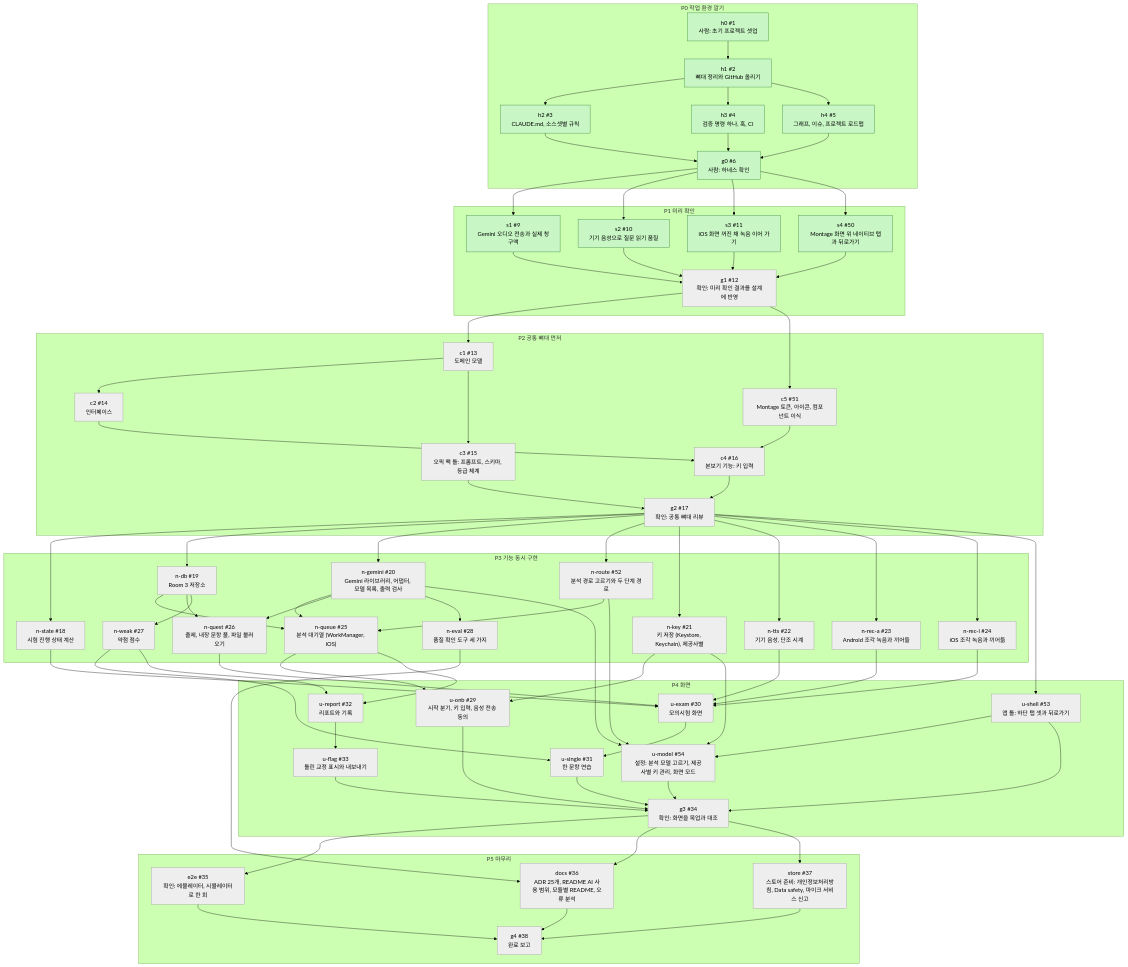
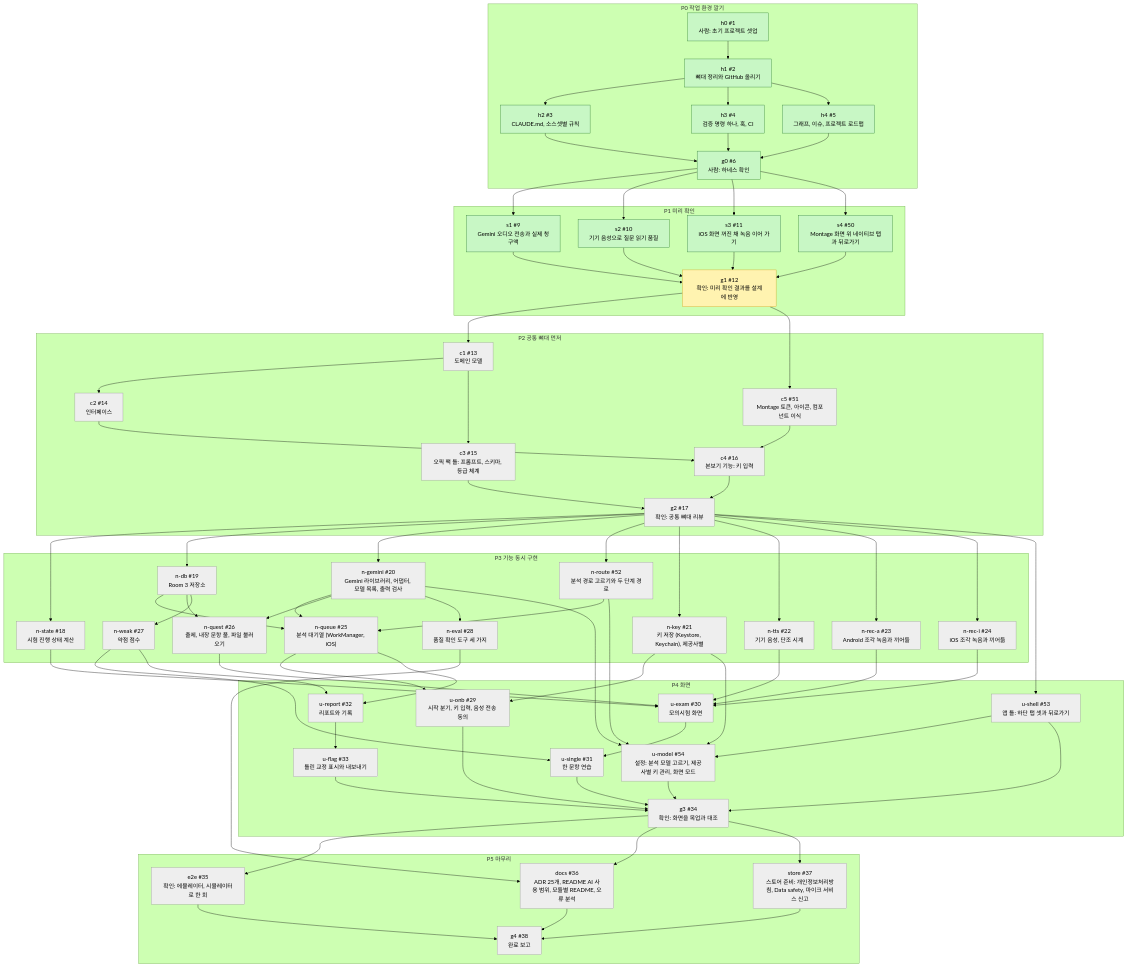
Before and after one commit to nosorae/AiOpicSelfStudy: the first of 2 diagrams in docs/graph/dev-graph.md, drawn with Mermaid (forest theme). The commit also changed other lines of this file and 2 other files, not shown here.

Commit message:
[g1] 미리 확인 결과를 설계 문서 11절에 반영했다 (#12)

```diff
--- a/docs/graph/dev-graph.md
+++ b/docs/graph/dev-graph.md
@@ -127,8 +127,9 @@
   docs --> g4
   store --> g4
   classDef todo fill:#eeeeee,stroke:#999999,color:#000
-  class g1,c1,c2,c3,c5,c4,g2,n_state,n_db,n_gemini,n_route,n_key,n_tts,n_rec_a,n_rec_i,n_queue,n_quest,n_weak,n_eval,u_onb,u_shell,u_exam,u_single,u_report,u_flag,u_model,g3,e2e,docs,store,g4 todo
+  class c1,c2,c3,c5,c4,g2,n_state,n_db,n_gemini,n_route,n_key,n_tts,n_rec_a,n_rec_i,n_queue,n_quest,n_weak,n_eval,u_onb,u_shell,u_exam,u_single,u_report,u_flag,u_model,g3,e2e,docs,store,g4 todo
   classDef doing fill:#fff3b0,stroke:#d4a017,color:#000
+  class g1 doing
   classDef done fill:#c8f7c5,stroke:#2e7d32,color:#000
   class h0,h1,h2,h3,h4,g0,s1,s2,s3,s4 done
   classDef blocked fill:#ffcdd2,stroke:#c62828,color:#000
```
